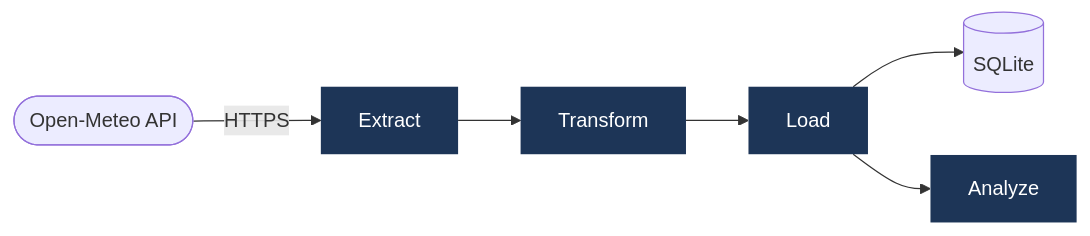
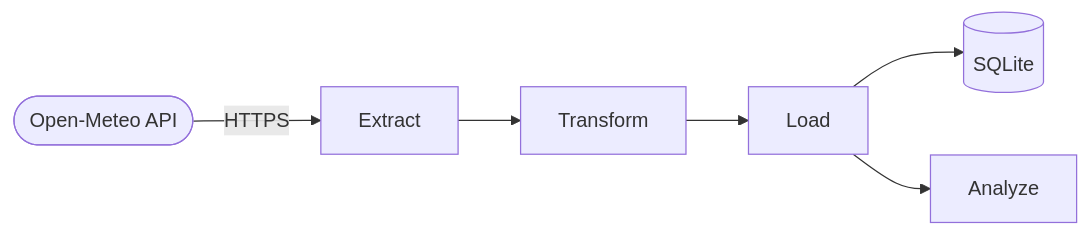
One commit to zohaibNaseem/etl-pipeline-python changed the diagram in README.md. Above: the diagram before and after it, drawn with Mermaid. The commit also changed other lines of this file and 2 other files, not shown here.

````diff
--- a/README.md
+++ b/README.md
@@ -7,15 +9,8 @@
 ```mermaid
 flowchart LR
     A([Open-Meteo API]) -->|HTTPS| B[Extract]
     B --> C[Transform]
     C --> D[Load]
     D --> E[(SQLite)]
     D --> F[Analyze]
-
-    B:::stage
-    C:::stage
-    D:::stage
-    F:::stage
-
-    classDef stage fill:#1d3557,color:#fff,stroke:none
 ```
````
